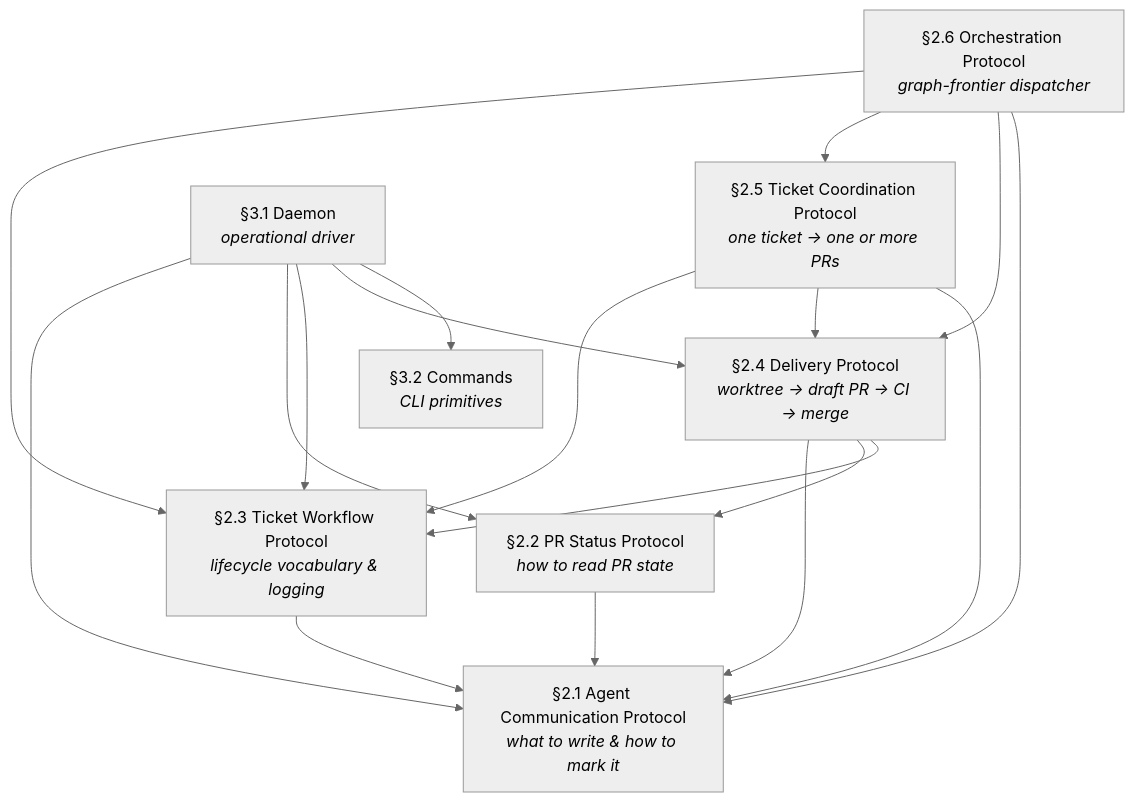
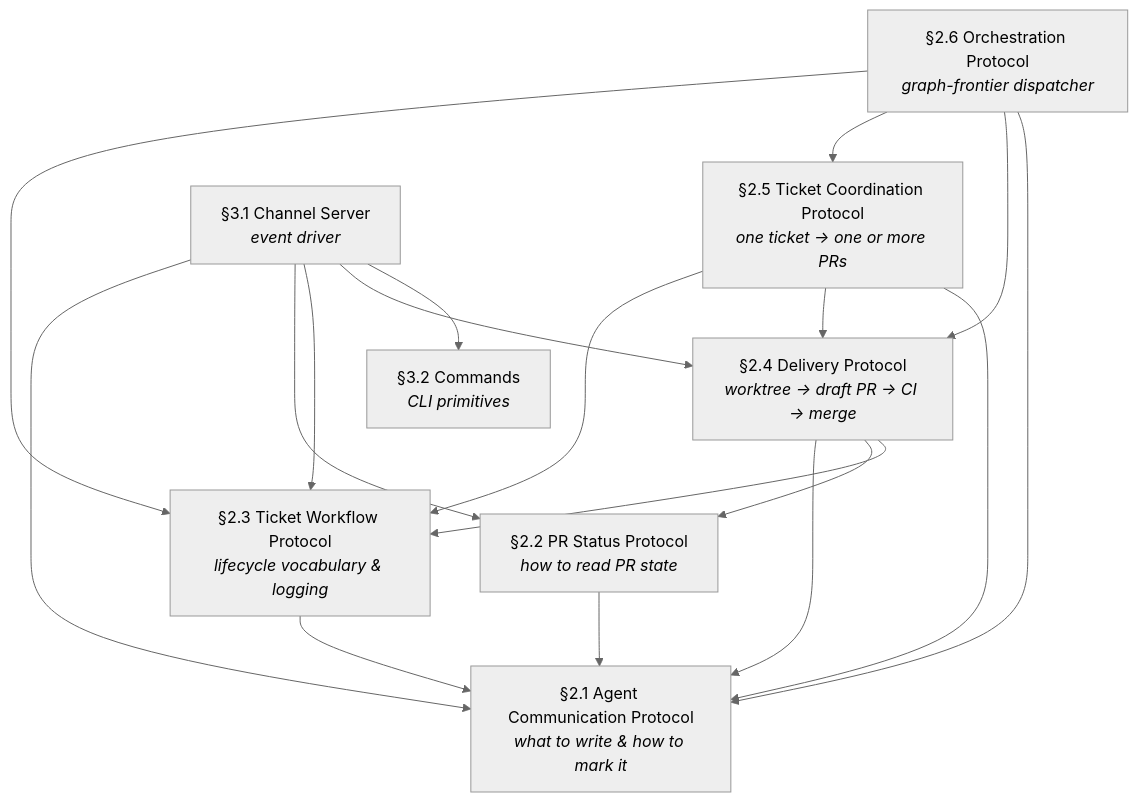
Before and after one commit to ianwremmel/agentic: the diagram in docs/spec/01-introduction.md, drawn with Mermaid (neutral theme). The commit also changed other lines of this file and 7 other files, not shown here.

First line of the commit message:
docs(spec): reframe §3.1 daemon as per-session channel server

````diff
--- a/docs/spec/01-introduction.md
+++ b/docs/spec/01-introduction.md
@@ -137,29 +140,29 @@
 ```mermaid
 graph TD
     ACP["§2.1 Agent Communication Protocol<br/><i>what to write &amp; how to mark it</i>"]
     PSP["§2.2 PR Status Protocol<br/><i>how to read PR state</i>"]
     TWP["§2.3 Ticket Workflow Protocol<br/><i>lifecycle vocabulary &amp; logging</i>"]
     DWP["§2.4 Delivery Protocol<br/><i>worktree → draft PR → CI → merge</i>"]
     TCP["§2.5 Ticket Coordination Protocol<br/><i>one ticket → one or more PRs</i>"]
     ORC["§2.6 Orchestration Protocol<br/><i>graph-frontier dispatcher</i>"]
-    DMN["§3.1 Daemon<br/><i>operational driver</i>"]
+    DMN["§3.1 Channel Server<br/><i>event driver</i>"]
     CMD["§3.2 Commands<br/><i>CLI primitives</i>"]
 
     DWP --> ACP
     DWP --> PSP
     DWP --> TWP
     TCP --> TWP
     TCP --> DWP
     TCP --> ACP
     ORC --> TWP
     ORC --> TCP
     ORC --> DWP
     ORC --> ACP
     DMN --> ACP
     DMN --> PSP
     DMN --> TWP
     DMN --> DWP
     DMN --> CMD
     PSP --> ACP
     TWP --> ACP
 ```
````
